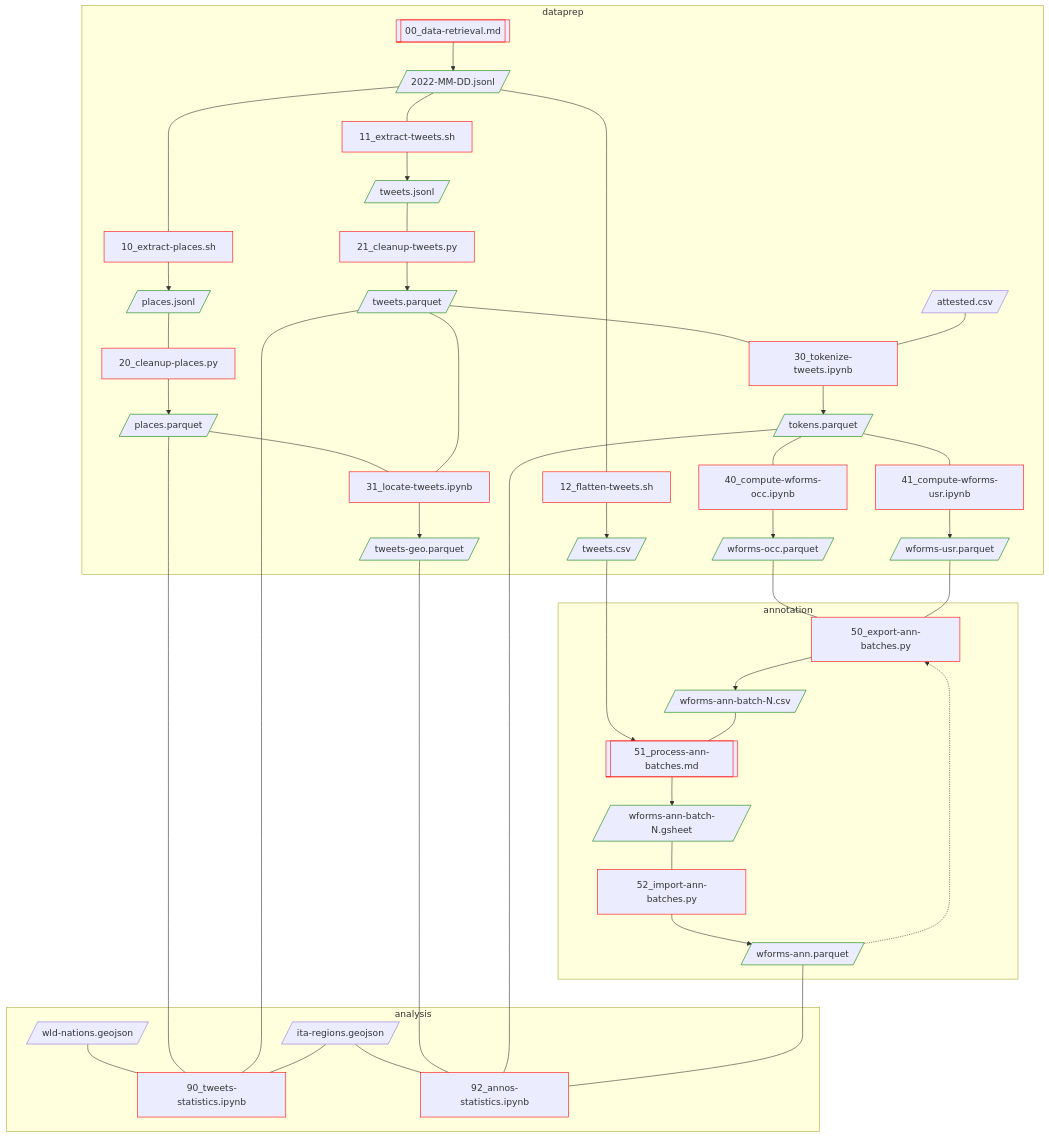
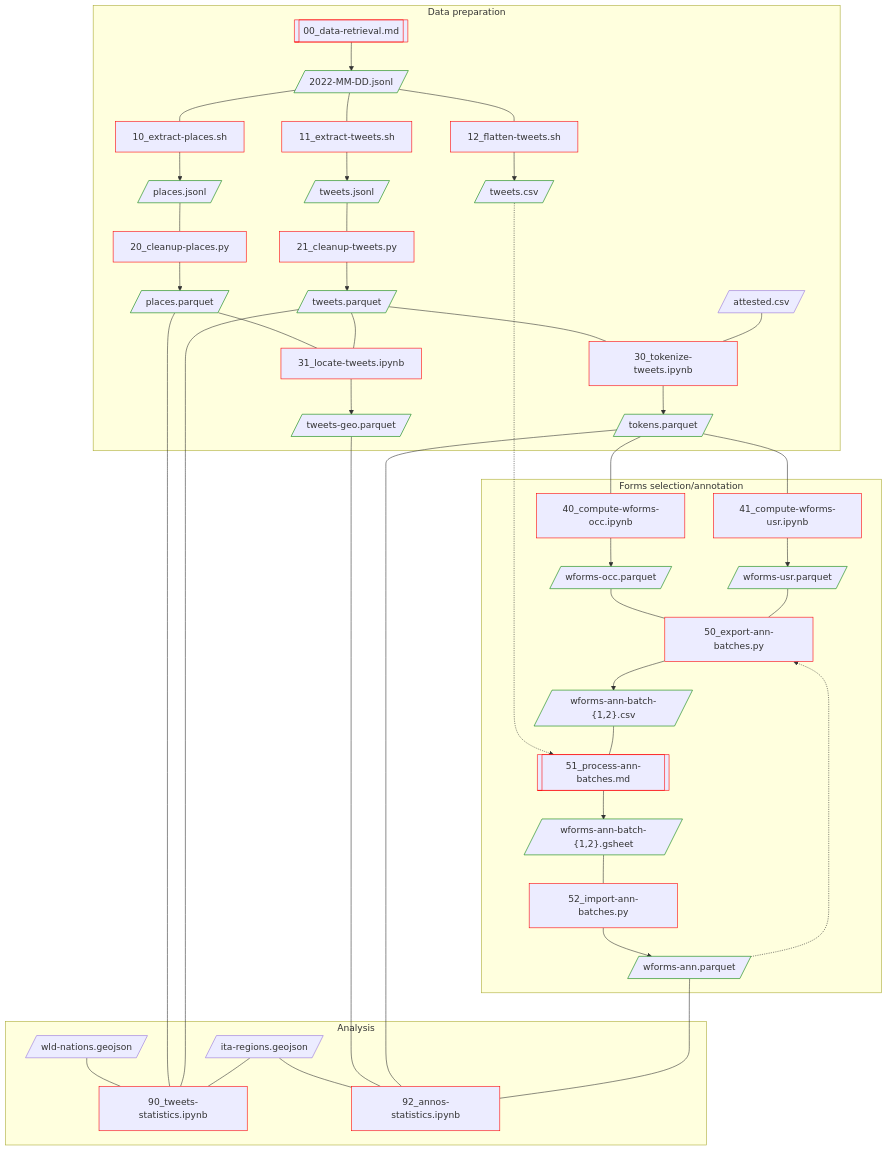
The diagram in README.md (breviloquia-italica/pipeline), drawn with Mermaid before and after one commit.

Commit message:
Update flowchart

````diff
--- a/README.md
+++ b/README.md
@@ -3,78 +3,78 @@
 ```mermaid
 flowchart TD;
 
 attested.csv[/attested.csv/]:::extdata;
 ita-regions.geojson[/ita-regions.geojson/]:::extdata
 wld-nations.geojson[/wld-nations.geojson/]:::extdata
 
-subgraph dataprep
+subgraph "Data preparation"
 
 00[[00_data-retrieval.md]]:::code;
 00 --> 2022-MM-DD.jsonl[/2022-MM-DD.jsonl/]:::data;
 
 10[10_extract-places.sh]:::code;
 11[11_extract-tweets.sh]:::code;
 12[12_flatten-tweets.sh]:::code;
 2022-MM-DD.jsonl --- 10 --> places.jsonl[/places.jsonl/]:::data;
 2022-MM-DD.jsonl --- 11 --> tweets.jsonl[/tweets.jsonl/]:::data;
 2022-MM-DD.jsonl --- 12 --> tweets.csv[/tweets.csv/]:::data;
 
 20[20_cleanup-places.py]:::code;
 21[21_cleanup-tweets.py]:::code;
 places.jsonl --- 20 --> places.parquet[/places.parquet/]:::data;
 tweets.jsonl --- 21 --> tweets.parquet[/tweets.parquet/]:::data;
 
+30[30_tokenize-tweets.ipynb]:::code;
+tweets.parquet --- 30;
+attested.csv --- 30;
+30 --> tokens.parquet[/tokens.parquet/]:::data;
+
 31[31_locate-tweets.ipynb]:::code;
 places.parquet --- 31;
 tweets.parquet --- 31 --> tweets-geo.parquet[/tweets-geo.parquet/]:::data;
 
-30[30_tokenize-tweets.ipynb]:::code;
-tweets.parquet --- 30;
-attested.csv --- 30;
-30 --> tokens.parquet[/tokens.parquet/]:::data;
+end
+
+subgraph "Forms selection/annotation"
 
 40[40_compute-wforms-occ.ipynb]:::code;
 tokens.parquet --- 40 --> wforms-occ.parquet[/wforms-occ.parquet/]:::data;
 
 41[41_compute-wforms-usr.ipynb]:::code;
 tokens.parquet --- 41 --> wforms-usr.parquet[/wforms-usr.parquet/]:::data;
 
-end
-
-subgraph annotation
-
 50[50_export-ann-batches.py]:::code;
 wforms-occ.parquet --- 50;
 wforms-usr.parquet --- 50;
-50 --> wforms-ann-batch-N.csv[/"wforms-ann-batch-N.csv"/]:::data;
+50 --> wforms-ann-batch-N.csv[/"wforms-ann-batch-{1,2}.csv"/]:::data;
 
 51[[51_process-ann-batches.md]]:::code;
-tweets.csv --> 51;
-wforms-ann-batch-N.csv --- 51 --> wforms-ann-batch-N.gsheet[/wforms-ann-batch-N.gsheet/]:::data;
+tweets.csv -.........-> 51;
+wforms-ann-batch-N.csv --- 51 --> wforms-ann-batch-N.gsheet[/"wforms-ann-batch-{1,2}.gsheet"/]:::data;
 wforms-ann.parquet -.-> 50;
 
 52[52_import-ann-batches.py]:::code;
 wforms-ann-batch-N.gsheet --- 52 --> wforms-ann.parquet[/wforms-ann.parquet/]:::data;
 
 end
 
-subgraph analysis
+subgraph "Analysis"
 
 90[90_tweets-statistics.ipynb]:::code;
 wld-nations.geojson --- 90;
 places.parquet --- 90;
 tweets.parquet --- 90;
 ita-regions.geojson --- 90;
 
 92[92_annos-statistics.ipynb]:::code;
 ita-regions.geojson --- 92;
 tweets-geo.parquet --- 92;
 tokens.parquet --- 92;
 wforms-ann.parquet ---- 92;
 
 end
 
 classDef code stroke:red;
 classDef data stroke:green,shape:rectangle;
 classDef extdata shape:rectangle;
 ```
````
